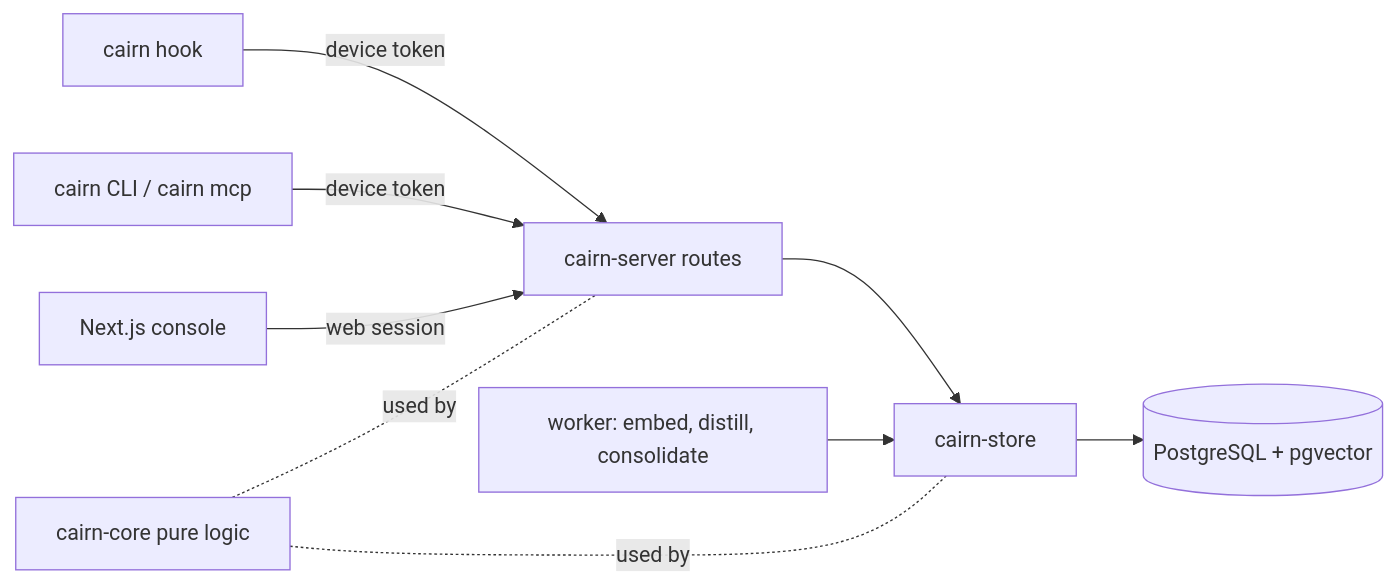
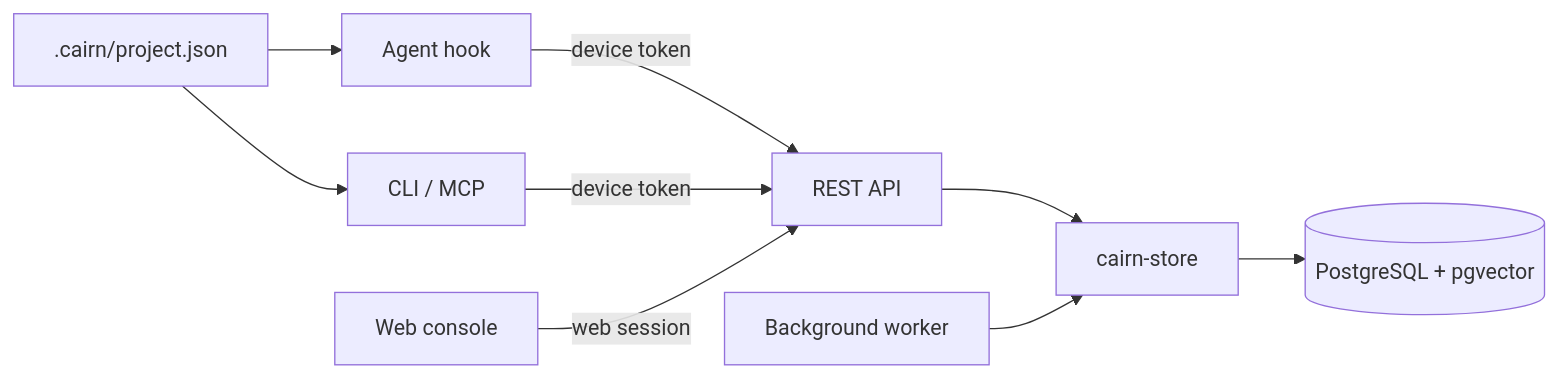
One commit to cunilab/cairn-memory changed the first of 2 diagrams in docs/architecture.md. Above: the diagram before and after it, drawn with Mermaid. The commit also changed other lines of this file and 1 other file, not shown here.

````diff
--- a/docs/architecture.md
+++ b/docs/architecture.md
@@ -31,11 +21,11 @@
 ```mermaid
 flowchart LR
-    Hook[cairn hook] -->|device token| API
-    CLI[cairn CLI / cairn mcp] -->|device token| API
-    Web[Next.js console] -->|web session| API
-    API[cairn-server routes] --> Store[cairn-store]
+    Hook[Agent hook] -->|device token| API[REST API]
+    Client[CLI / MCP] -->|device token| API
+    Web[Web console] -->|web session| API
+    API --> Store[cairn-store]
+    Worker[Background worker] --> Store
     Store --> PG[(PostgreSQL + pgvector)]
-    Worker[worker: embed, distill, consolidate] --> Store
-    Core[cairn-core pure logic] -.used by.- Store
-    Core -.used by.- API
+    Repo[.cairn/project.json] --> Hook
+    Repo --> Client
 ```
````
